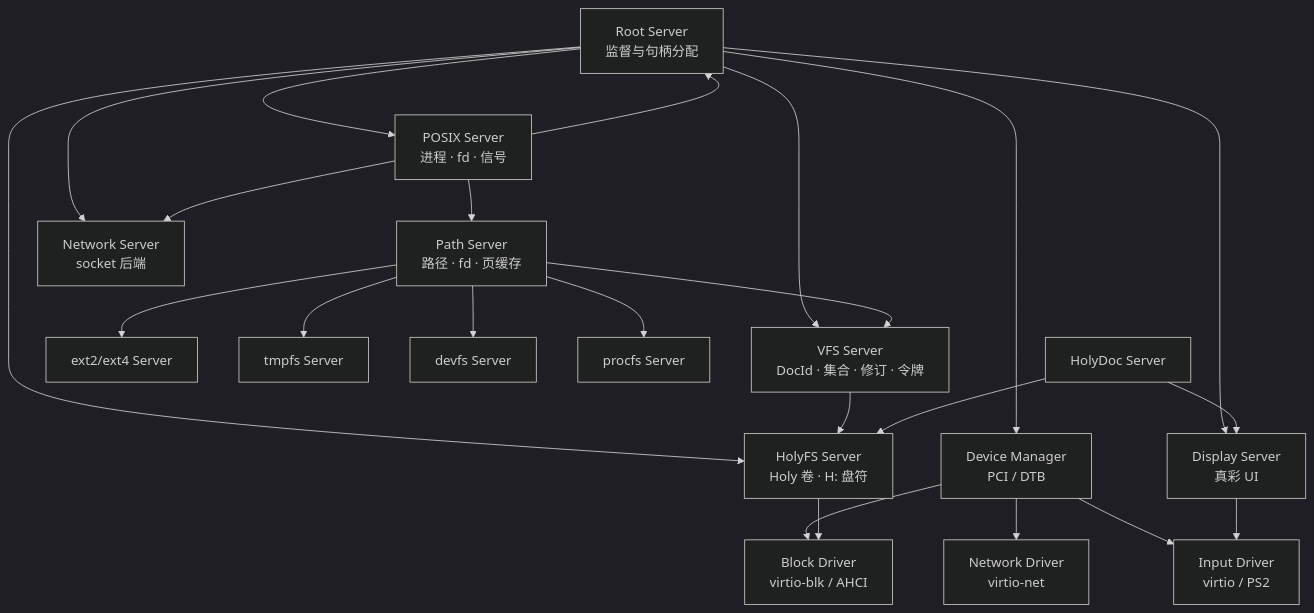
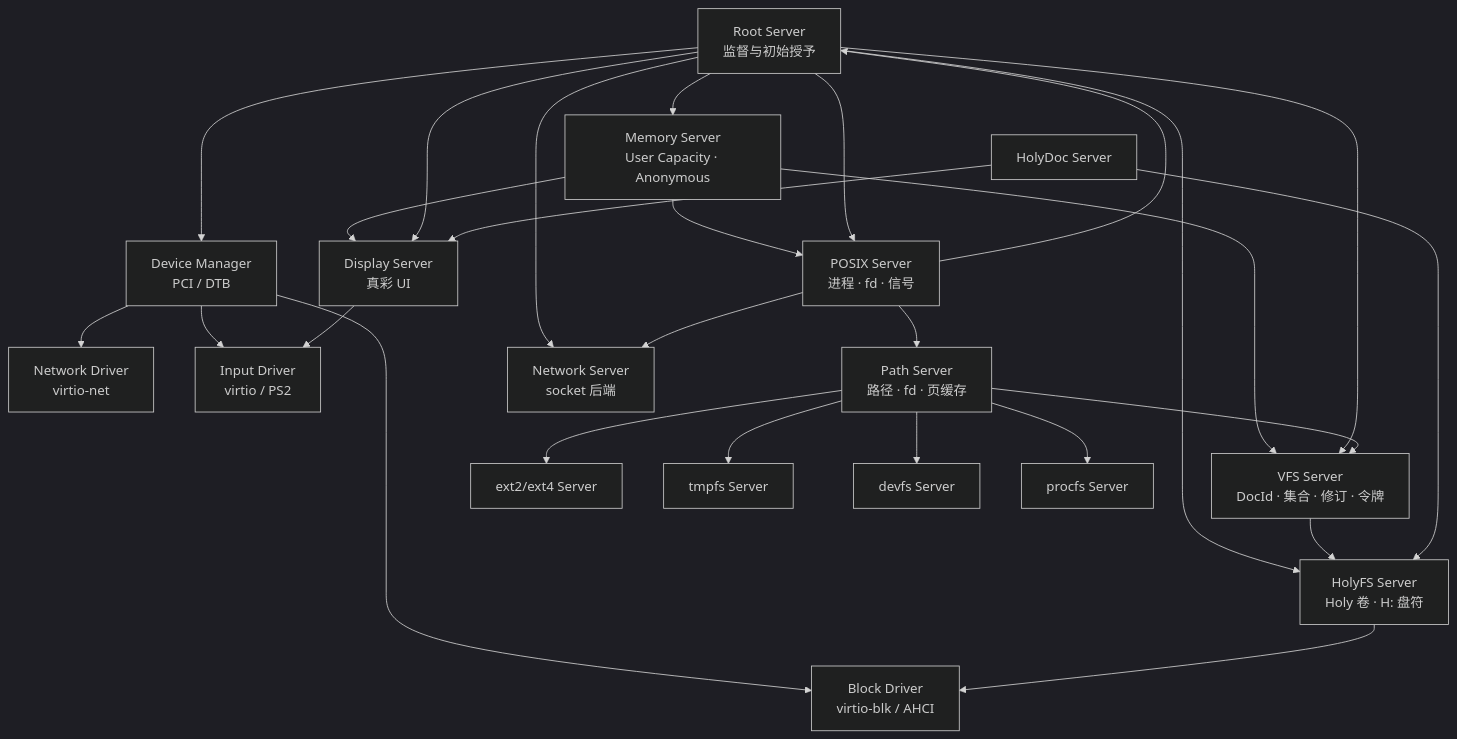
One commit to hongweifei/HolyKernel changed the first of 2 diagrams in docs/servers.md. Above: the diagram before and after it, drawn with Mermaid (dark theme). The commit also changed other lines of this file and 35 other files, not shown here.

````diff
--- a/docs/servers.md
+++ b/docs/servers.md
@@ -11,42 +11,47 @@
 ```mermaid
 flowchart TB
-    Root["Root Server<br/>监督与句柄分配"]
+    Root["Root Server<br/>监督与初始授予"]
+    Mem["Memory Server<br/>User Capacity · Anonymous"]
     DM["Device Manager<br/>PCI / DTB"]
     Blk["Block Driver<br/>virtio-blk / AHCI"]
     Net["Network Driver<br/>virtio-net"]
     Input["Input Driver<br/>virtio / PS2"]
     VFS["VFS Server<br/>DocId · 集合 · 修订 · 令牌"]
     Path["Path Server<br/>路径 · fd · 页缓存"]
     Ext2["ext2/ext4 Server"]
     Tmpfs["tmpfs Server"]
     Devfs["devfs Server"]
     Procfs["procfs Server"]
     POSIX["POSIX Server<br/>进程 · fd · 信号"]
     NetSrv["Network Server<br/>socket 后端"]
     HolyFS["HolyFS Server<br/>Holy 卷 · H: 盘符"]
     Display["Display Server<br/>真彩 UI"]
     HolyDoc["HolyDoc Server"]
 
     Root --> DM
+    Root --> Mem
+    Mem --> VFS
+    Mem --> Display
+    Mem --> POSIX
     Root --> VFS
     Root --> POSIX
     Root --> NetSrv
     Root --> HolyFS
     Root --> Display
     DM --> Blk
     DM --> Net
     DM --> Input
     Path --> Ext2
     Path --> Tmpfs
     Path --> Devfs
     Path --> Procfs
     Path --> VFS
     VFS --> HolyFS
     HolyFS --> Blk
     POSIX --> Path
     POSIX --> NetSrv
     POSIX --> Root
     Display --> Input
     HolyDoc --> Display
     HolyDoc --> HolyFS
 ```
````
